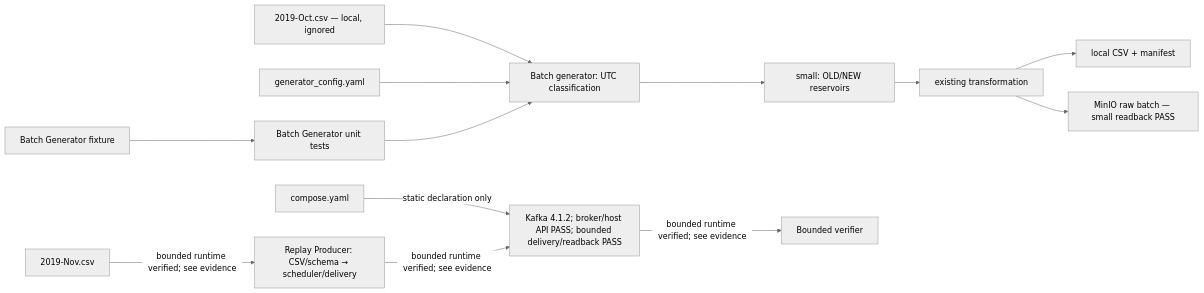
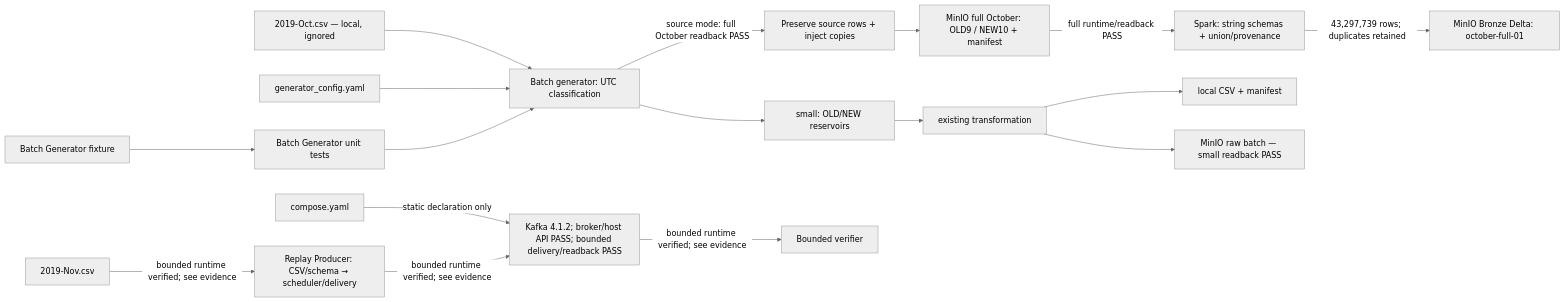
One commit to nhannhan2201/ecom_ML_system- changed the diagram in CURRENT_IMPLEMENTATION.md. Above: the diagram before and after it, drawn with Mermaid (neutral theme). The commit also changed other lines of this file and 13 other files, not shown here.

Commit message:
feat: verify full October Spark Raw to Bronze ingestion

````diff
--- a/CURRENT_IMPLEMENTATION.md
+++ b/CURRENT_IMPLEMENTATION.md
@@ -26,13 +28,17 @@
 ```mermaid
 flowchart LR
   CSV["2019-Oct.csv — local, ignored"] --> CLASS["Batch generator: UTC classification"]
   CFG["generator_config.yaml"] --> CLASS
+  CLASS -->|"source mode: full October readback PASS"| SOURCE["Preserve source rows + inject copies"]
+  SOURCE --> FULL["MinIO full October: OLD9 / NEW10 + manifest"]
+  FULL -->|"full runtime/readback PASS"| SP["Spark: string schemas + union/provenance"]
+  SP -->|"43,297,739 rows; duplicates retained"| BR["MinIO Bronze Delta: october-full-01"]
   CLASS --> SAMPLE["small: OLD/NEW reservoirs"] --> TRANS["existing transformation"]
   TRANS --> LOCAL["local CSV + manifest"]
   TRANS --> RAW["MinIO raw batch — small readback PASS"]
   COMPOSE["compose.yaml"] -->|"static declaration only"| K["Kafka 4.1.2; broker/host API PASS; bounded delivery/readback PASS"]
   NOV["2019-Nov.csv"] -->|"bounded runtime verified; see evidence"| RP["Replay Producer: CSV/schema → scheduler/delivery"]
   RP -->|"bounded runtime verified; see evidence"| K
   K -->|"bounded runtime verified; see evidence"| READBACK["Bounded verifier"]
   FIX["Batch Generator fixture"] --> TEST["Batch Generator unit tests"] --> CLASS
 ```
````
